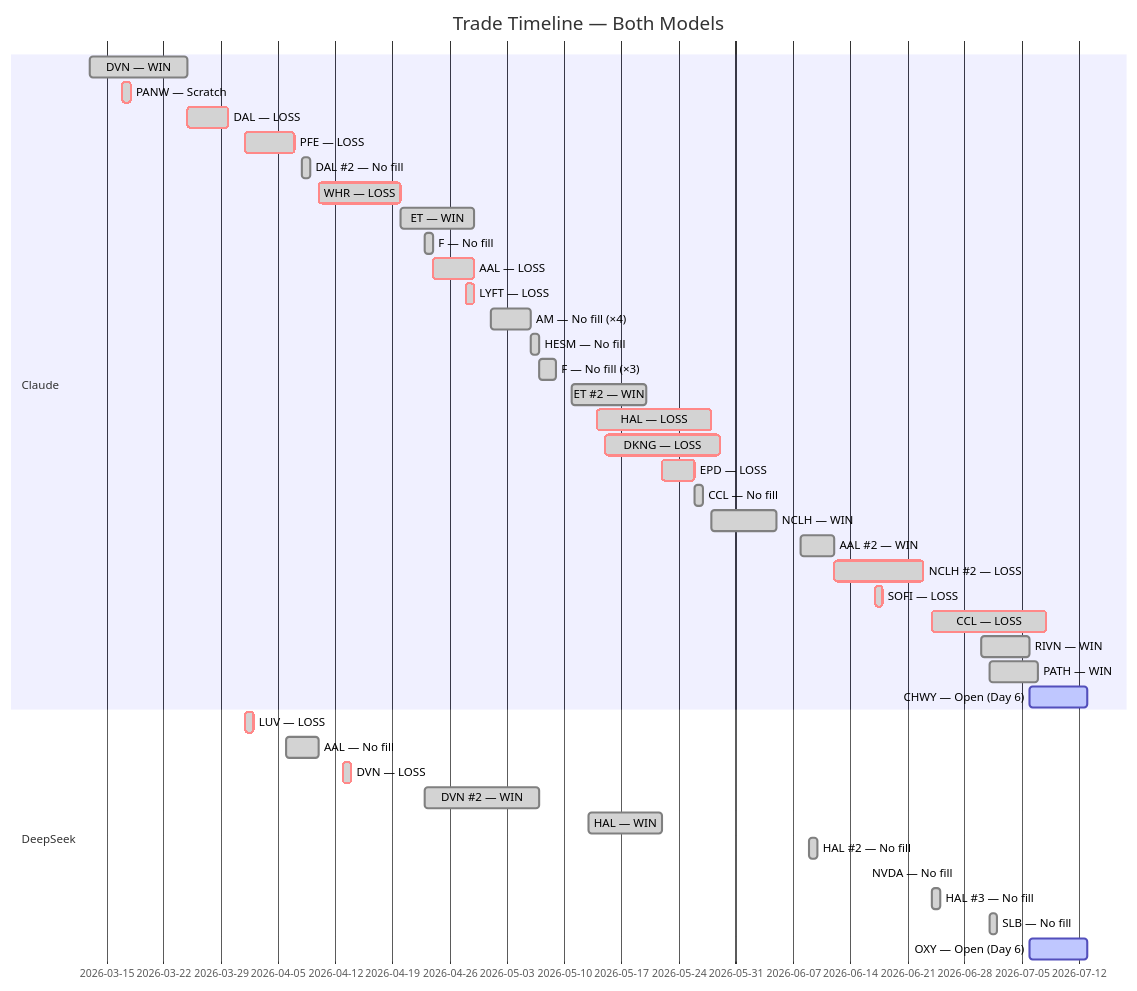
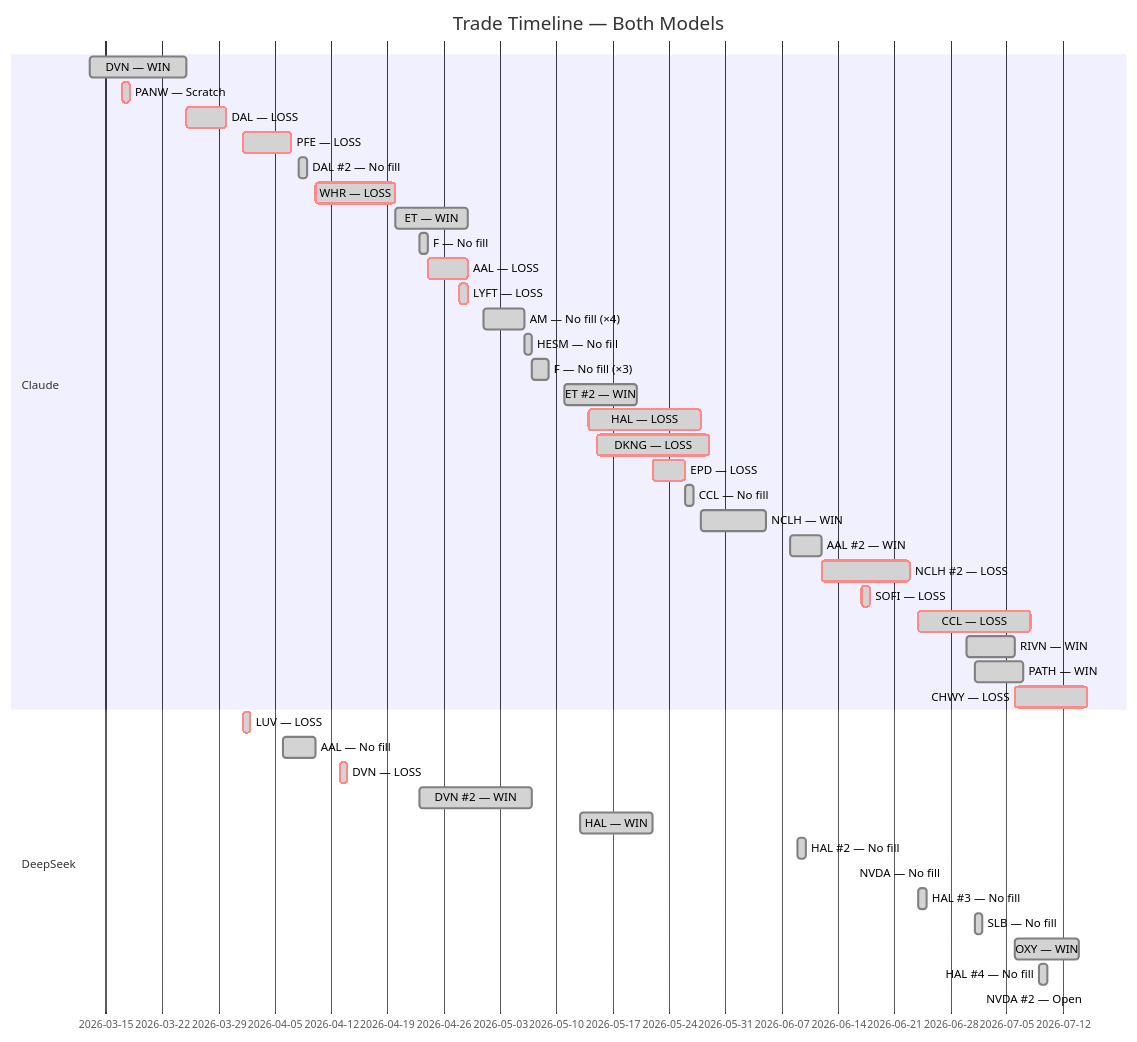
One commit to zachisit/ai-auto-buy-thesis changed the fifth of 5 diagrams in README.md. Above: the diagram before and after it, drawn with Mermaid. The commit also changed other lines of this file and 2 other files, not shown here.

````diff
--- a/README.md
+++ b/README.md
@@ -63,43 +63,45 @@
 ```mermaid
 gantt
     title Trade Timeline — Both Models
     dateFormat YYYY-MM-DD
     section Claude
     DVN — WIN            :done,    2026-03-13, 2026-03-25
     PANW — Scratch       :crit, done, 2026-03-17, 2026-03-18
     DAL — LOSS           :crit, done, 2026-03-25, 2026-03-30
     PFE — LOSS           :crit, done, 2026-04-01, 2026-04-07
     DAL #2 — No fill     :done,    2026-04-08, 2026-04-09
     WHR — LOSS           :crit, done, 2026-04-10, 2026-04-20
     ET — WIN             :done,    2026-04-20, 2026-04-29
     F — No fill          :done,    2026-04-23, 2026-04-24
     AAL — LOSS           :crit, done, 2026-04-24, 2026-04-29
     LYFT — LOSS          :crit, done, 2026-04-28, 2026-04-29
     AM — No fill (×4)    :done,    2026-05-01, 2026-05-06
     HESM — No fill       :done,    2026-05-06, 2026-05-07
     F — No fill (×3)     :done,    2026-05-07, 2026-05-09
     ET #2 — WIN          :done,    2026-05-11, 2026-05-20
     HAL — LOSS           :crit, done, 2026-05-14, 2026-05-28
     DKNG — LOSS          :crit, done, 2026-05-15, 2026-05-29
     EPD — LOSS           :crit, done, 2026-05-22, 2026-05-26
     CCL — No fill        :done,    2026-05-26, 2026-05-27
     NCLH — WIN           :done,    2026-05-28, 2026-06-05
     AAL #2 — WIN         :done,    2026-06-08, 2026-06-12
     NCLH #2 — LOSS       :crit, done, 2026-06-12, 2026-06-23
     SOFI — LOSS          :crit, done, 2026-06-17, 2026-06-18
     CCL — LOSS           :crit, done, 2026-06-24, 2026-07-08
     RIVN — WIN           :done,    2026-06-30, 2026-07-06
     PATH — WIN           :done,    2026-07-01, 2026-07-07
-    CHWY — Open (Day 6)  :active,  2026-07-06, 2026-07-13
+    CHWY — LOSS          :crit, done, 2026-07-06, 2026-07-15
     section DeepSeek
     LUV — LOSS           :crit, done, 2026-04-01, 2026-04-02
     AAL — No fill        :done,    2026-04-06, 2026-04-10
     DVN — LOSS           :crit, done, 2026-04-13, 2026-04-14
     DVN #2 — WIN         :done,    2026-04-23, 2026-05-07
     HAL — WIN            :done,    2026-05-13, 2026-05-22
     HAL #2 — No fill    :done,    2026-06-09, 2026-06-10
     NVDA — No fill      :done,    2026-06-16, 2026-06-16
     HAL #3 — No fill    :done,    2026-06-24, 2026-06-25
     SLB — No fill        :done,    2026-07-01, 2026-07-02
-    OXY — Open (Day 6)   :active,  2026-07-06, 2026-07-13
+    OXY — WIN            :done,    2026-07-06, 2026-07-14
+    HAL #4 — No fill    :done,    2026-07-09, 2026-07-10
+    NVDA #2 — Open       :active,  2026-07-15, 2026-07-15
 ```
````
